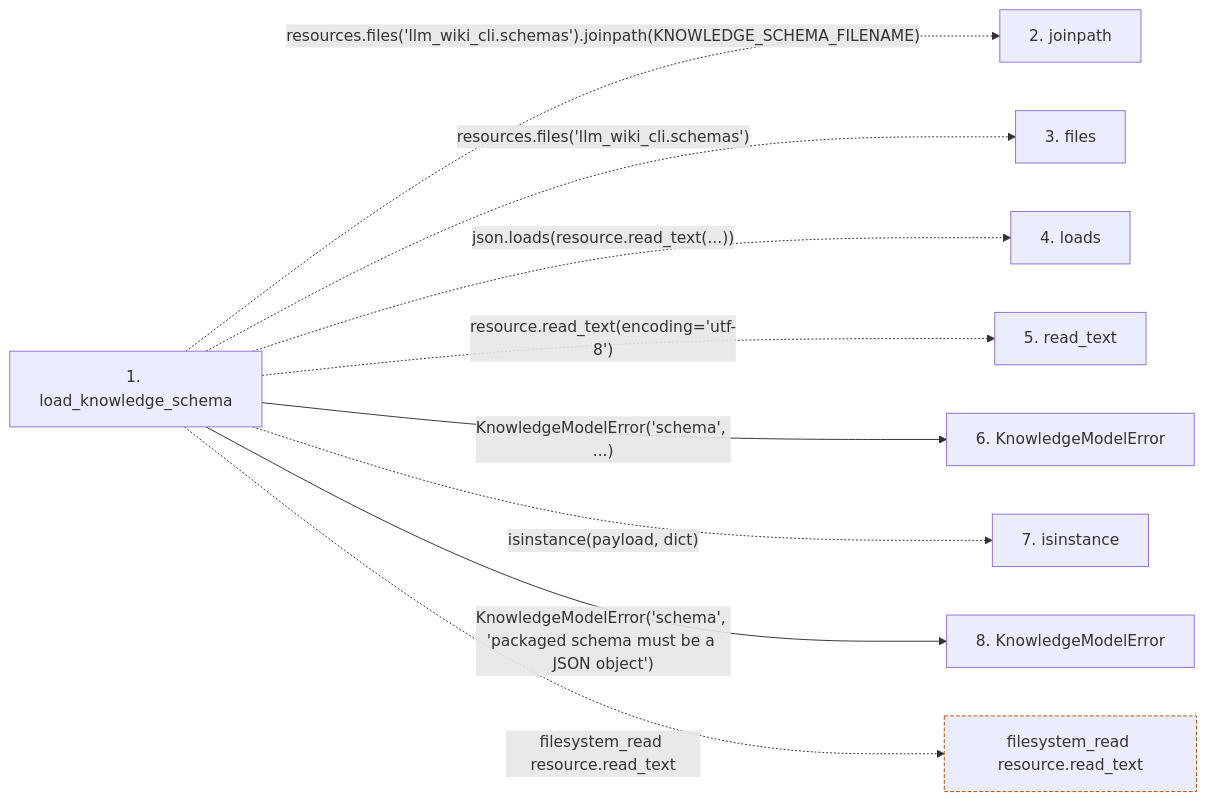
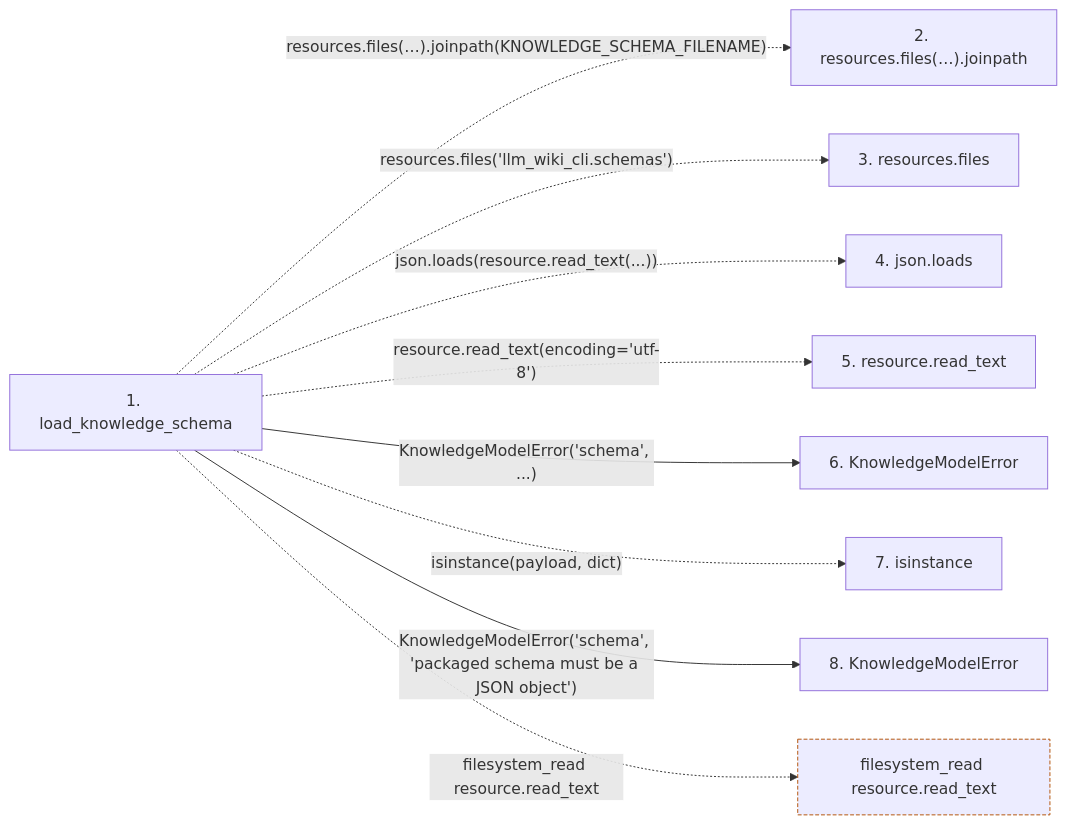
One commit to Denissvgn/python-wiki-llm changed the second of 2 diagrams in docs/llm_wiki/flows/api-load_knowledge_schema.md. Above: the diagram before and after it, drawn with Mermaid. The commit also changed other lines of this file and 719 other files, not shown here.

````diff
--- a/docs/llm_wiki/flows/api-load_knowledge_schema.md
+++ b/docs/llm_wiki/flows/api-load_knowledge_schema.md
@@ -31,25 +31,25 @@
 ```mermaid
 flowchart LR
     s1["1. load_knowledge_schema"]
-    s2["2. joinpath"]
-    s3["3. files"]
-    s4["4. loads"]
-    s5["5. read_text"]
+    s2["2. resources.files(…).joinpath"]
+    s3["3. resources.files"]
+    s4["4. json.loads"]
+    s5["5. resource.read_text"]
     s6["6. KnowledgeModelError"]
     s7["7. isinstance"]
     s8["8. KnowledgeModelError"]
-    s1 -. "resources.files('llm_wiki_cli.schemas').joinpath(KNOWLEDGE_SCHEMA_FILENAME)" .-> s2
+    s1 -. "resources.files(…).joinpath(KNOWLEDGE_SCHEMA_FILENAME)" .-> s2
     s1 -. "resources.files('llm_wiki_cli.schemas')" .-> s3
     s1 -. "json.loads(resource.read_text(...))" .-> s4
     s1 -. "resource.read_text(encoding='utf-8')" .-> s5
     s1 -->|"KnowledgeModelError('schema', ...)"| s6
     s1 -. "isinstance(payload, dict)" .-> s7
     s1 -->|"KnowledgeModelError('schema', 'packaged schema must be a JSON object')"| s8
     b0["filesystem_read resource.read_text"]
     s1 -. "filesystem_read resource.read_text" .-> b0
     click s1 "../modules/knowledge_model.md"
     click s6 "../modules/knowledge_model.md"
     click s8 "../modules/knowledge_model.md"
     classDef boundary stroke:#b45309,stroke-dasharray: 4 2
     class b0 boundary
 ```
````
